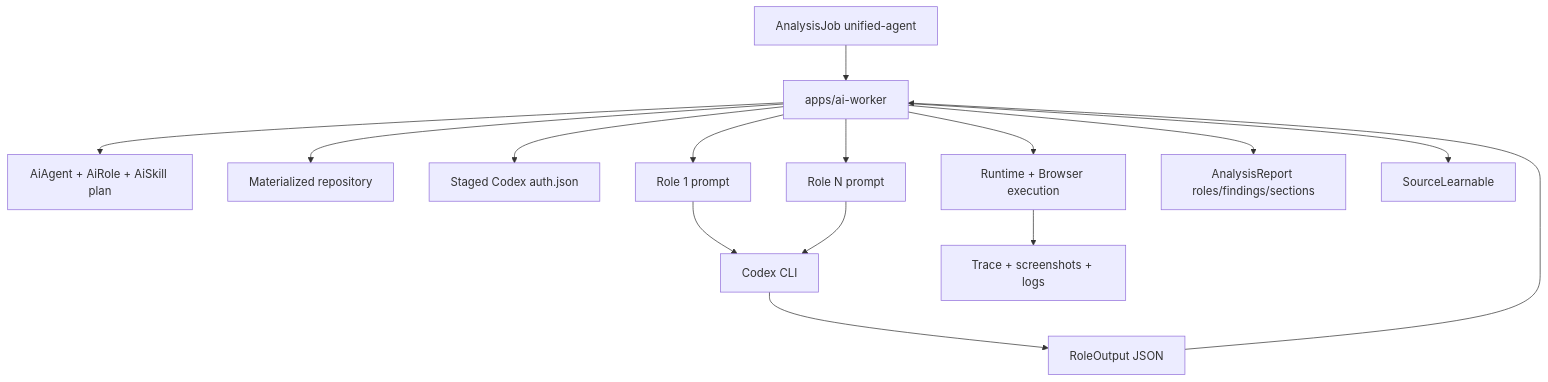
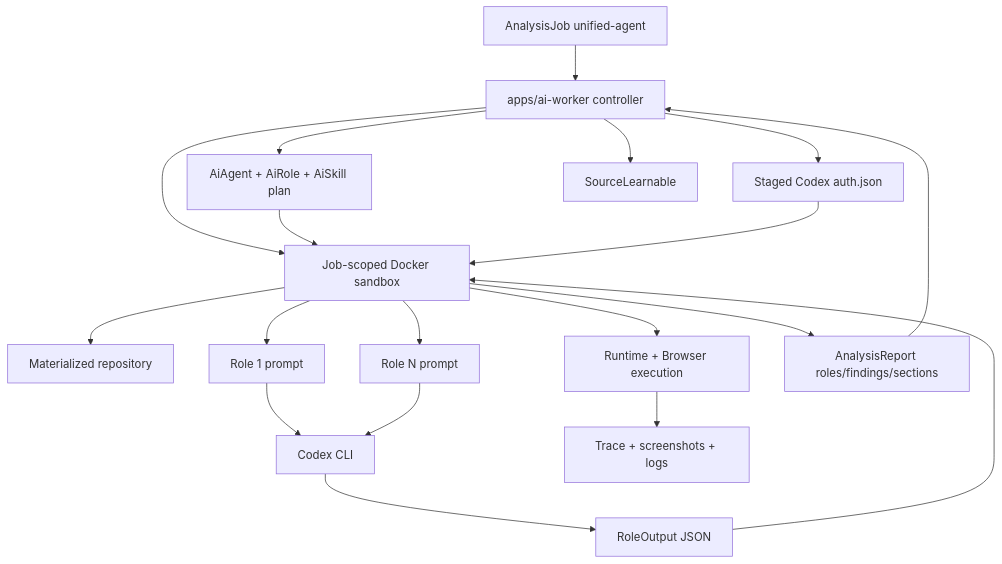
Before and after one commit to tinamk/SpecLens-Public: the diagram in docs/architecture/ai-agent-runtime.md, drawn with Mermaid. The commit also changed other lines of this file and 51 other files, not shown here.

````diff
--- a/docs/architecture/ai-agent-runtime.md
+++ b/docs/architecture/ai-agent-runtime.md
@@ -11,31 +11,36 @@
 ```mermaid
 flowchart TD
   Job[AnalysisJob unified-agent]
-  Worker[apps/ai-worker]
+  Worker[apps/ai-worker controller]
+  Sandbox[Job-scoped Docker sandbox]
   Plan[AiAgent + AiRole + AiSkill plan]
   Source[Materialized repository]
   Auth[Staged Codex auth.json]
   Role1[Role 1 prompt]
   RoleN[Role N prompt]
   Codex[Codex CLI]
   Output[RoleOutput JSON]
   Execute[Runtime + Browser execution]
   Artifacts[Trace + screenshots + logs]
   Report[AnalysisReport roles/findings/sections]
   Learnables[SourceLearnable]
 
   Job --> Worker
   Worker --> Plan
-  Worker --> Source
   Worker --> Auth
-  Worker --> Role1
-  Worker --> RoleN
+  Worker --> Sandbox
+  Plan --> Sandbox
+  Auth --> Sandbox
+  Sandbox --> Source
+  Sandbox --> Role1
+  Sandbox --> RoleN
   Role1 --> Codex
   RoleN --> Codex
   Codex --> Output
-  Output --> Worker
-  Worker --> Execute
+  Output --> Sandbox
+  Sandbox --> Execute
   Execute --> Artifacts
-  Worker --> Report
+  Sandbox --> Report
+  Report --> Worker
   Worker --> Learnables
 ```
````
